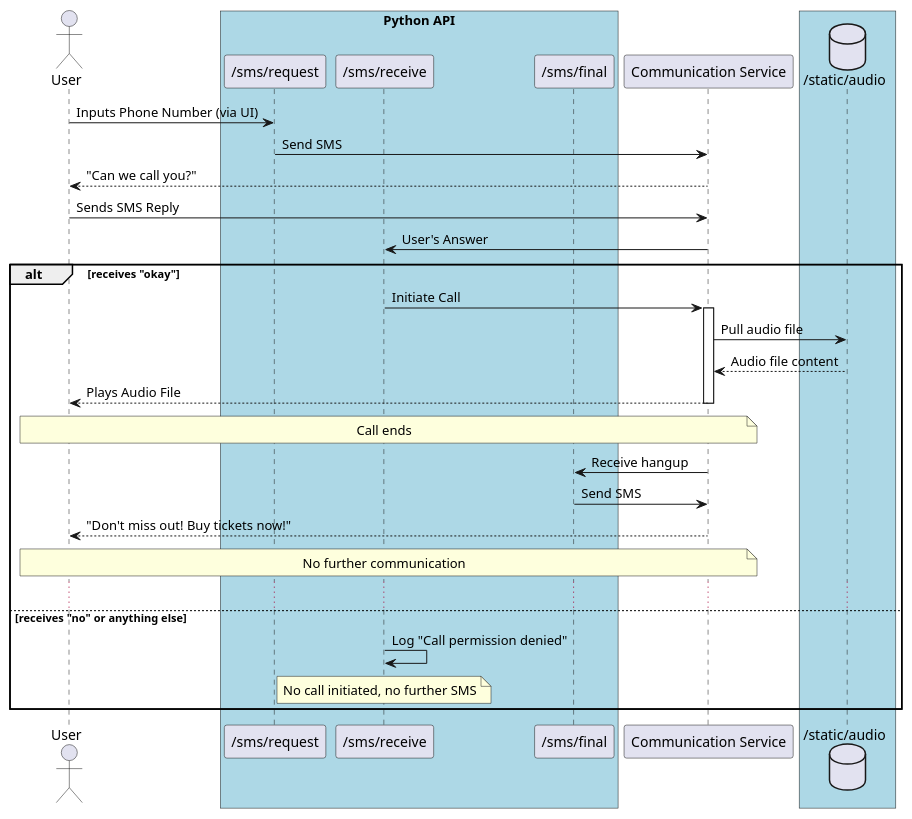
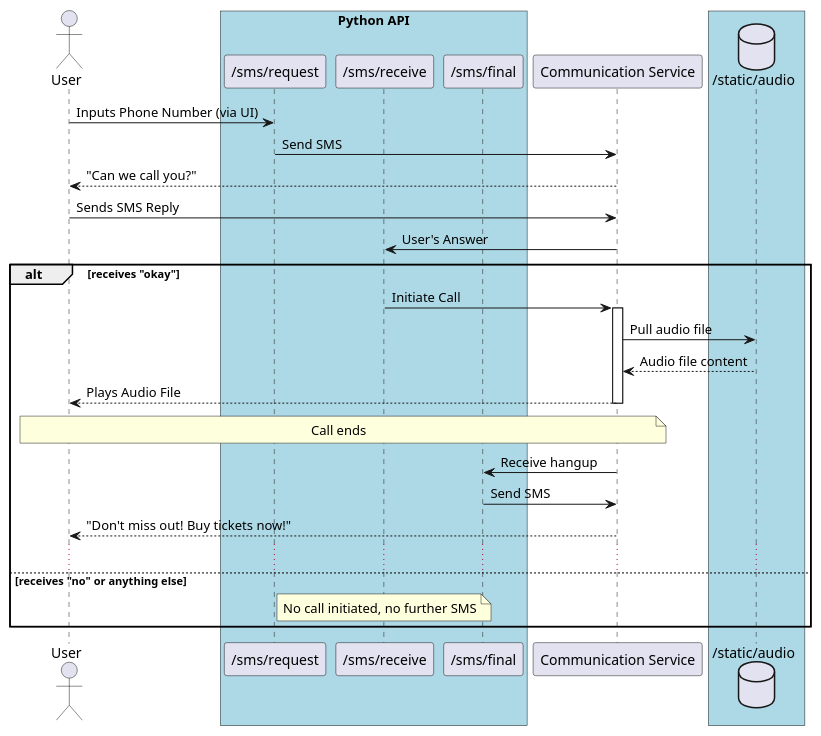
One commit to bemain/redhawks changed the diagram in overview.puml. Above: the diagram before and after it, drawn with PlantUML.

Commit message:
Remove redundant steps from the process overview

```diff
--- a/overview.puml
+++ b/overview.puml
@@ -1,47 +1,45 @@
 @startuml API Overview
 ' Define participants in the sequence diagram
 actor User
 box "Python API" #LightBlue
     participant "/sms/request" as SMSRequestEndpoint
     participant "/sms/receive" as SMSReceiveEndpoint
     participant "/sms/final" as SMSFinalEndpoint
 end box
 participant "Communication Service" as CommsService
 box #LightBlue
     database "/static/audio" as AudioDir
 end box
 
 
 ' Start the sequence flow
 User -> SMSRequestEndpoint: Inputs Phone Number (via UI)
 
 ' Requesting Call Permission
 SMSRequestEndpoint -> CommsService: Send SMS
 CommsService --> User: "Can we call you?"
 
 ' Receiving User's Response
 User -> CommsService: Sends SMS Reply
 CommsService -> SMSReceiveEndpoint: User's Answer
 
 ' Conditional Call & Follow-up SMS
 alt receives "okay"
     SMSReceiveEndpoint -> CommsService: Initiate Call
     activate CommsService
     CommsService -> AudioDir: Pull audio file
     AudioDir --> CommsService: Audio file content
     CommsService --> User: Plays Audio File
     deactivate CommsService
     note over CommsService, User: Call ends
 
     ' Sending final SMS
     CommsService -> SMSFinalEndpoint: Receive hangup
     SMSFinalEndpoint -> CommsService: Send SMS
     CommsService --> User: "Don't miss out! Buy tickets now!"
-    note over CommsService, User: No further communication
     ...
 else receives "no" or anything else
-    SMSReceiveEndpoint -> SMSReceiveEndpoint: Log "Call permission denied"
     note over SMSReceiveEndpoint: No call initiated, no further SMS
 end
 
 @enduml
```
